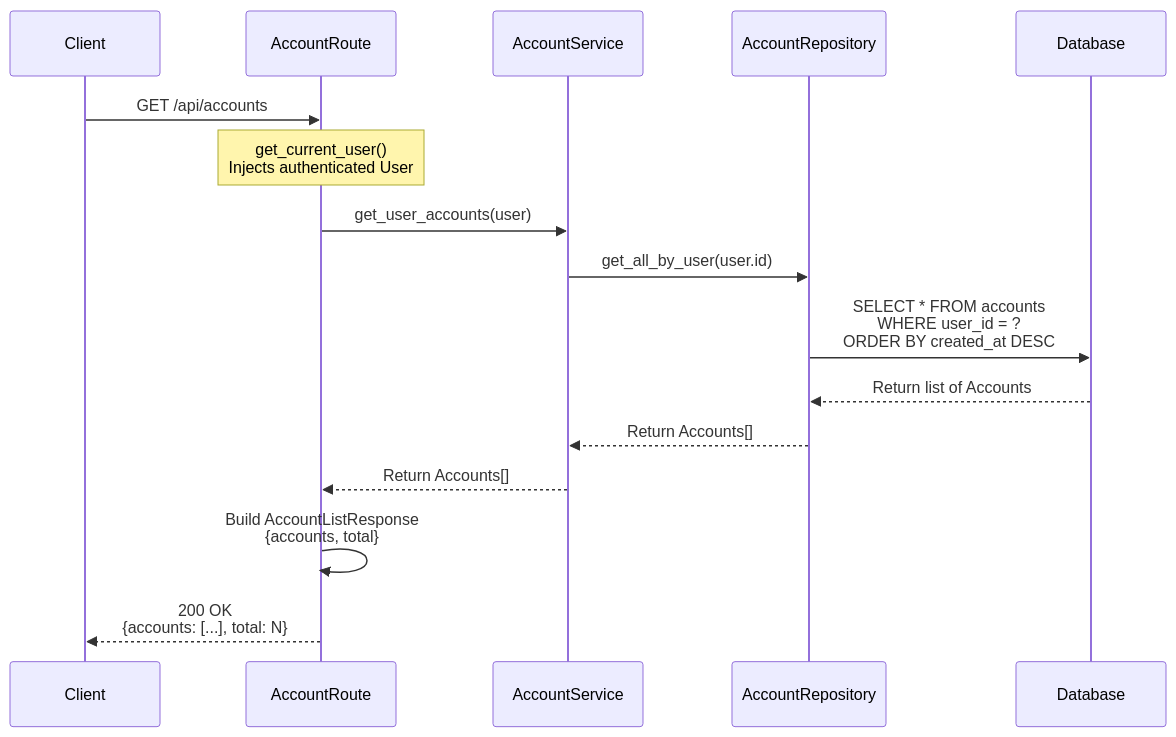
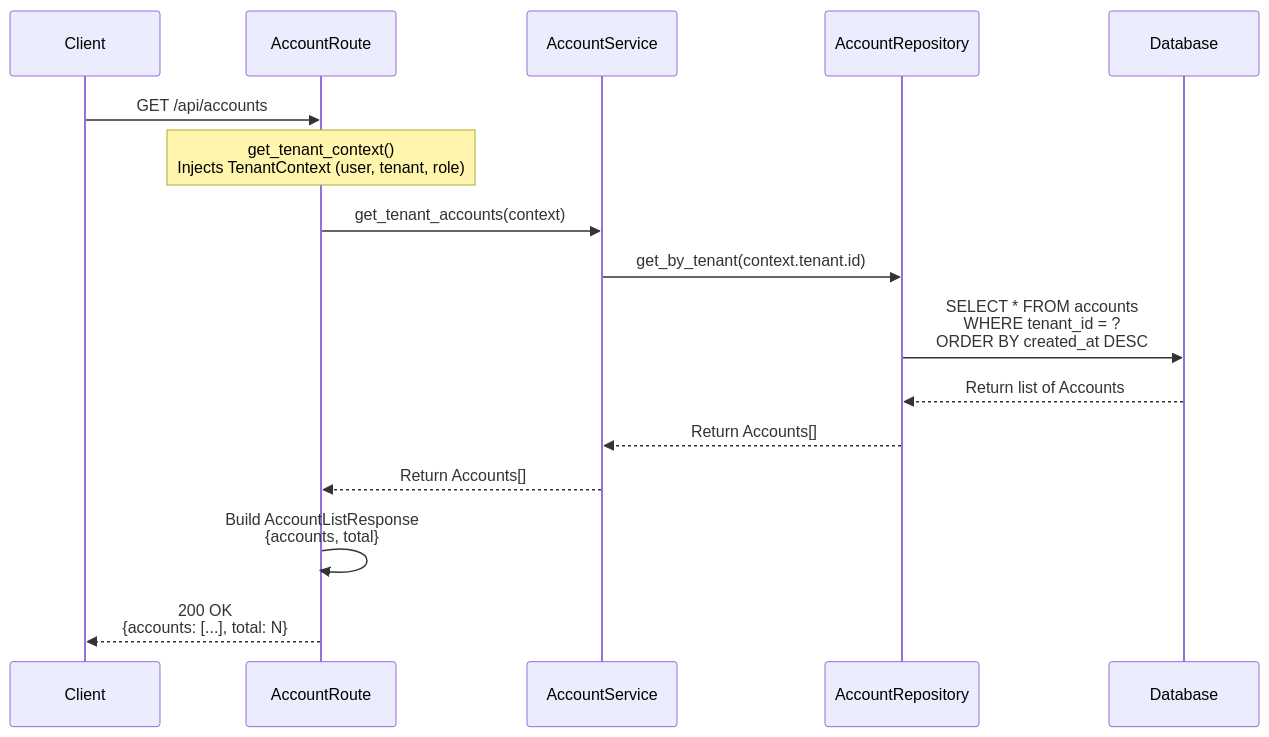
The third of 12 diagrams in docs/ENDPOINTS.md (jtuchinsky/finance_planner), drawn with Mermaid before and after one commit. The commit also changed other lines of this file, not shown here.

First line of the commit message:
docs: Update ENDPOINTS.md for multi-tenant architecture

````diff
--- a/docs/ENDPOINTS.md
+++ b/docs/ENDPOINTS.md
@@ -149,21 +398,21 @@
 ```mermaid
 sequenceDiagram
     participant Client
     participant Route as AccountRoute
     participant Service as AccountService
     participant Repo as AccountRepository
     participant DB as Database
 
     Client->>Route: GET /api/accounts
-    Note over Route: get_current_user()<br/>Injects authenticated User
-    Route->>Service: get_user_accounts(user)
+    Note over Route: get_tenant_context()<br/>Injects TenantContext (user, tenant, role)
+    Route->>Service: get_tenant_accounts(context)
 
-    Service->>Repo: get_all_by_user(user.id)
-    Repo->>DB: SELECT * FROM accounts<br/>WHERE user_id = ?<br/>ORDER BY created_at DESC
+    Service->>Repo: get_by_tenant(context.tenant.id)
+    Repo->>DB: SELECT * FROM accounts<br/>WHERE tenant_id = ?<br/>ORDER BY created_at DESC
     DB-->>Repo: Return list of Accounts
     Repo-->>Service: Return Accounts[]
 
     Service-->>Route: Return Accounts[]
     Route->>Route: Build AccountListResponse<br/>{accounts, total}
     Route-->>Client: 200 OK<br/>{accounts: [...], total: N}
 ```
````
